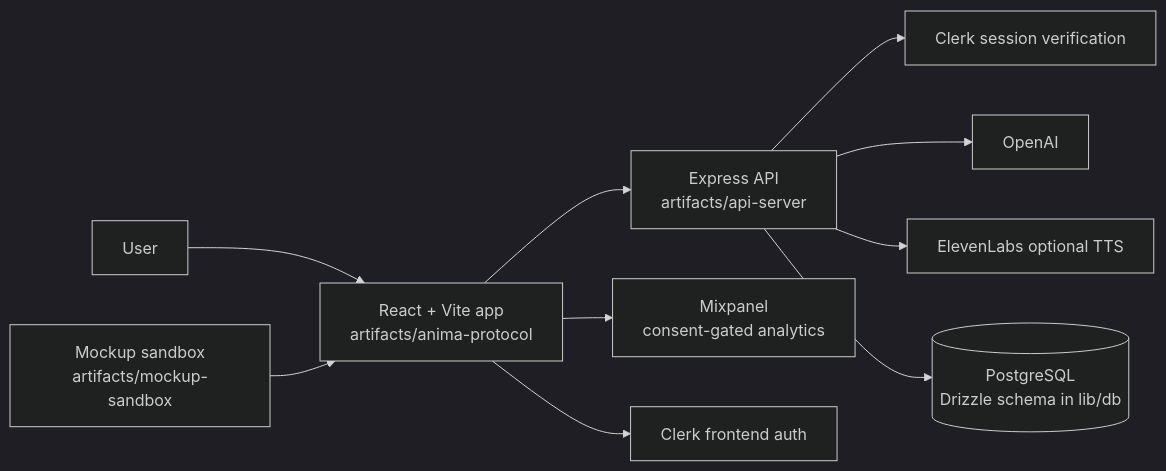
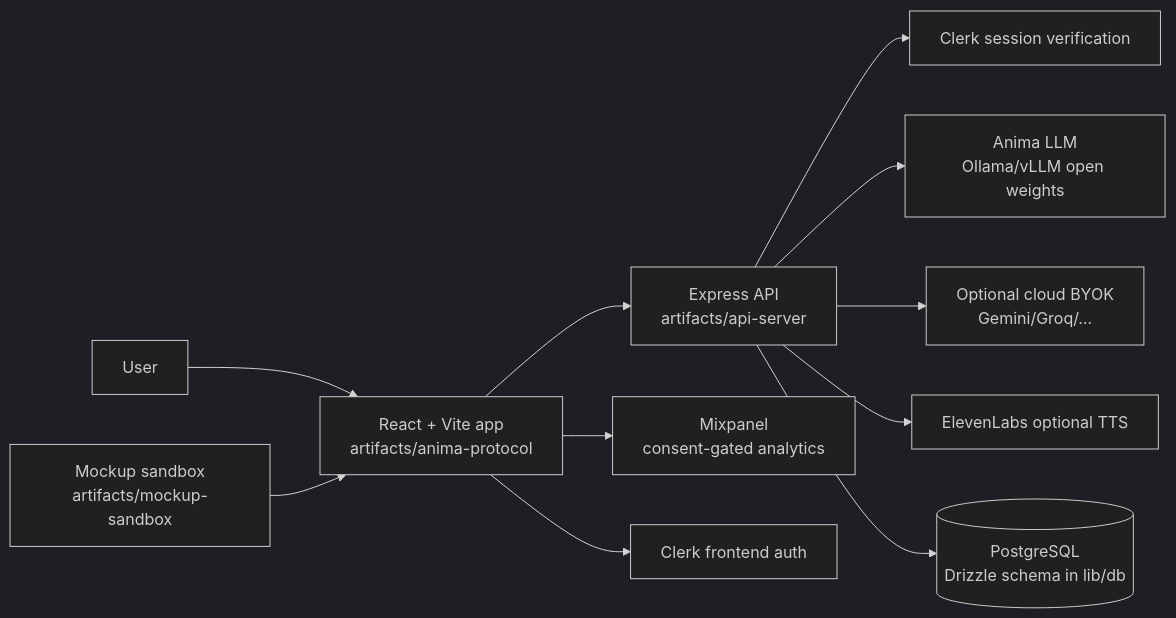
Before and after one commit to davins56/Anima-Protocol: the diagram in README.md, drawn with Mermaid (dark theme). The commit also changed 16 other files, not shown here.

First line of the commit message:
feat(llm): bootstrap Anima open chat LLM without cloud BYOK

````diff
--- a/README.md
+++ b/README.md
@@ -9,12 +9,13 @@
 ```mermaid
 flowchart LR
   user[User] --> web[React + Vite app<br/>artifacts/anima-protocol]
   web --> api[Express API<br/>artifacts/api-server]
   web --> mixpanel[Mixpanel<br/>consent-gated analytics]
   web --> clerk[Clerk frontend auth]
   api --> clerk_api[Clerk session verification]
-  api --> openai[OpenAI]
+  api --> animaLlm[Anima LLM<br/>Ollama/vLLM open weights]
+  api --> cloudByok[Optional cloud BYOK<br/>Gemini/Groq/…]
   api --> eleven[ElevenLabs optional TTS]
   api --> db[(PostgreSQL<br/>Drizzle schema in lib/db)]
   mockup[Mockup sandbox<br/>artifacts/mockup-sandbox] --> web
 ```
````
